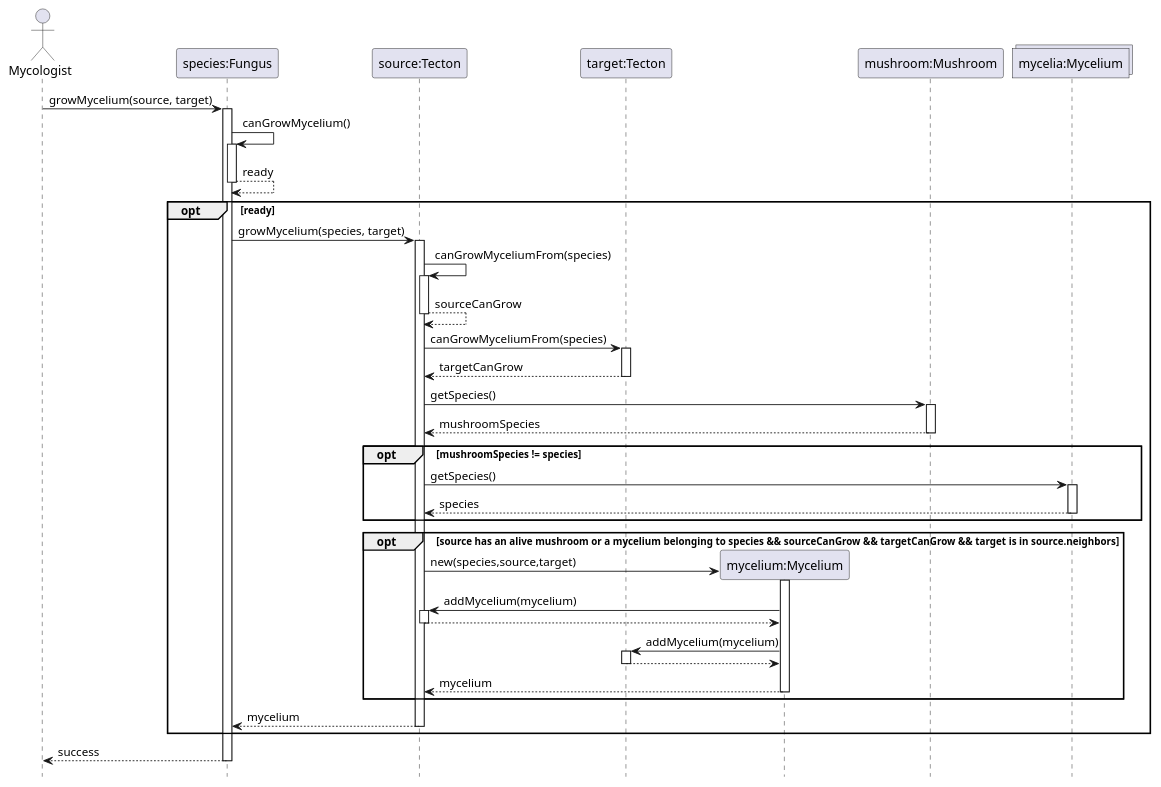
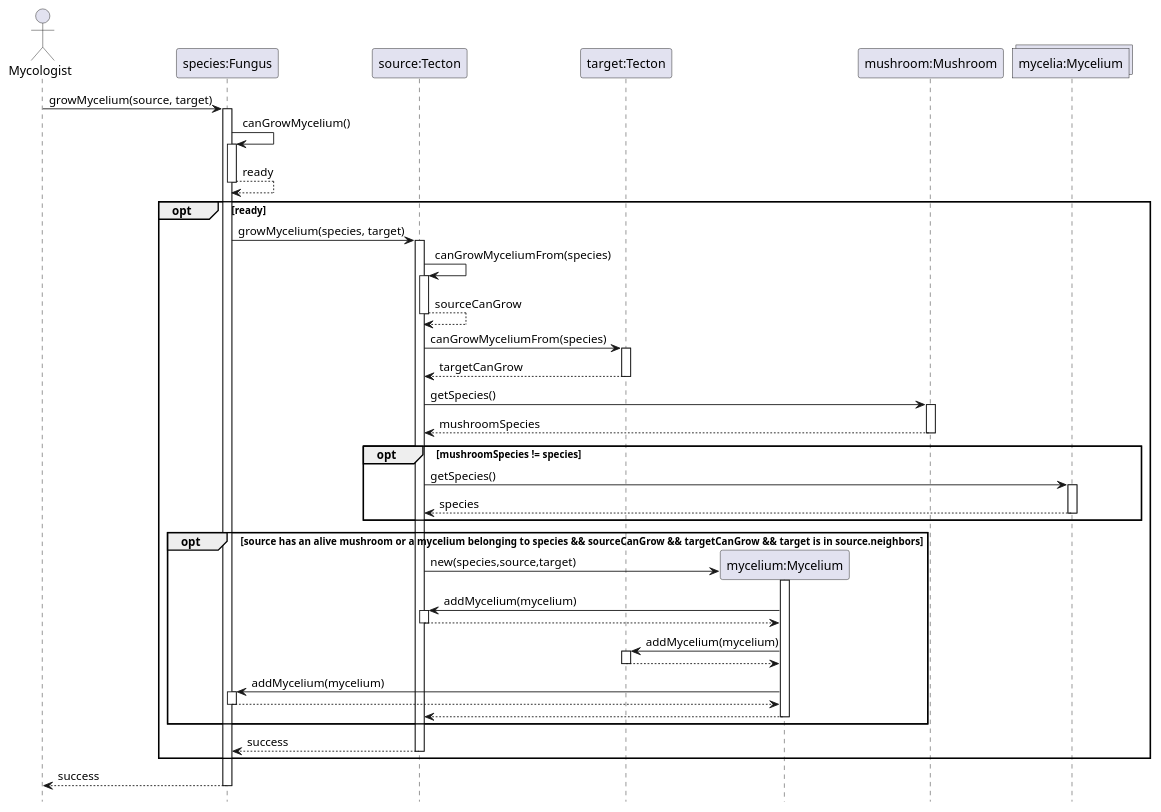
Before and after one commit to ZD4ve/projlab-error521: the diagram in SeqAndClassDiagrams/Mycelium/mycelium-grow.puml, drawn with PlantUML. The commit also changed 18 other files, not shown here.

Commit message:
Fentről érkező áldás diagramba foglalása (emellett: konstruktorok konzisztenciájának növelése. felhasználó által hívott fügvények visszatérnek a sikerességükről)

```diff
--- a/SeqAndClassDiagrams/Mycelium/mycelium-grow.puml
+++ b/SeqAndClassDiagrams/Mycelium/mycelium-grow.puml
@@ -1,60 +1,64 @@
 @startuml Mycelium/mycelium-grow
 hide footbox
 
 actor Mycologist
 participant "species:Fungus" as species
 participant "source:Tecton" as source
 participant "target:Tecton" as target
 participant "mycelium:Mycelium" as mycelium
 participant "mushroom:Mushroom" as mushroom
 collections "mycelia:Mycelium" as mycelia
 
 Mycologist -> species : growMycelium(source, target)
 activate species
 
 species -> species : canGrowMycelium()
 activate species
 return ready
 
 opt ready
 species -> source : growMycelium(species, target)
 activate source
     source -> source : canGrowMyceliumFrom(species)
     activate source
     return sourceCanGrow
 
     source -> target : canGrowMyceliumFrom(species)
     activate target
     return targetCanGrow
 
     source -> mushroom : getSpecies()
     activate mushroom
     return mushroomSpecies
 
     opt mushroomSpecies != species
         source -> mycelia : getSpecies()
         activate mycelia
         return species
     end
 
 
     opt source has an alive mushroom or a mycelium belonging to species && sourceCanGrow && targetCanGrow && target is in source.neighbors
         create mycelium
         source -> mycelium : new(species,source,target)
         activate mycelium
 
         mycelium -> source : addMycelium(mycelium)
         activate source
         return
 
         mycelium -> target : addMycelium(mycelium)
         activate target
         return
 
-        return mycelium
+        mycelium -> species : addMycelium(mycelium)
+        activate species
+        return
+
+        return
     end
-return mycelium
+return success
 end
 
 return success
 @enduml
```
